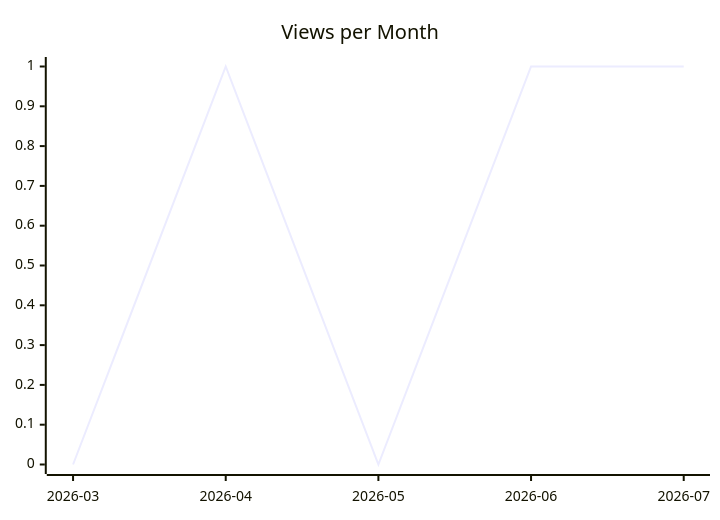
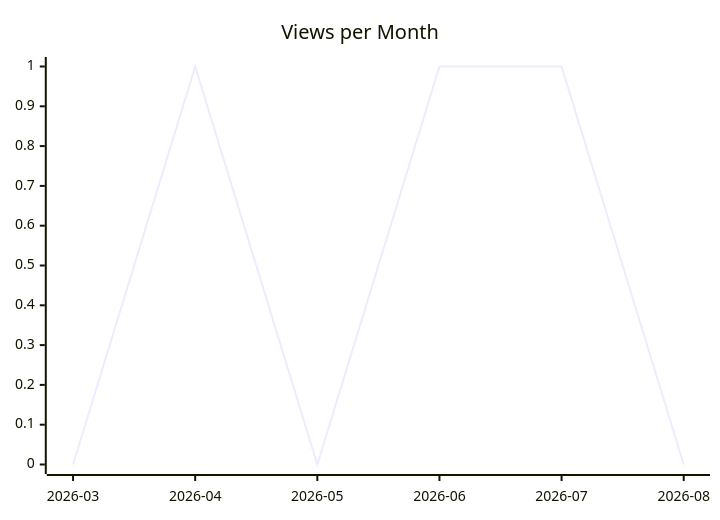
One commit to justdavis-family/github-analytics-data changed the second of 3 diagrams in karlmdavis/ansible-role-rcm-dotfiles/README.md. Above: the diagram before and after it, drawn with Mermaid. The commit also changed other lines of this file and 180 other files, not shown here.

````diff
--- a/karlmdavis/ansible-role-rcm-dotfiles/README.md
+++ b/karlmdavis/ansible-role-rcm-dotfiles/README.md
@@ -12,6 +12,6 @@
 ```mermaid
 xychart-beta
   title "Views per Month"
-  x-axis ["2026-03", "2026-04", "2026-05", "2026-06", "2026-07"]
-  line [0, 1, 0, 1, 1]
+  x-axis ["2026-03", "2026-04", "2026-05", "2026-06", "2026-07", "2026-08"]
+  line [0, 1, 0, 1, 1, 0]
 ```
````
